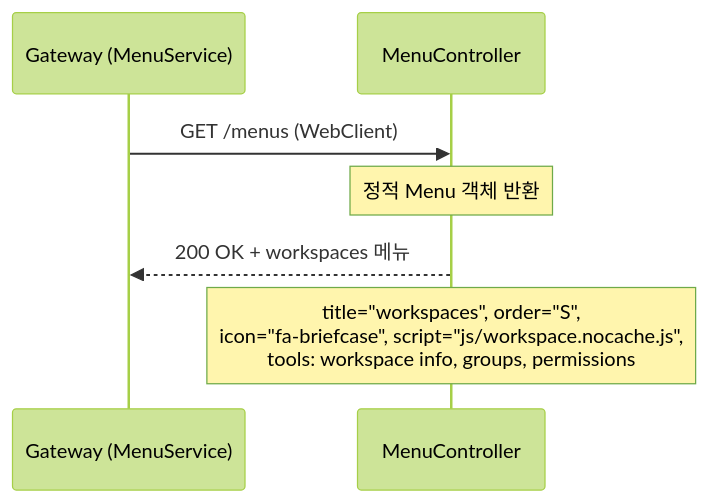
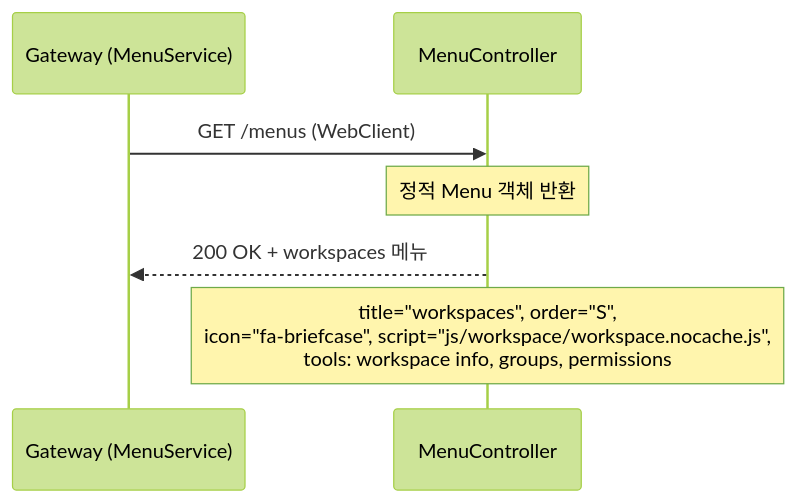
The third of 3 diagrams in persist-workspace/USECASE.md (sayaya1090/handbook), drawn with Mermaid (forest theme) before and after one commit. The commit also changed 6 other files, not shown here.

````diff
--- a/persist-workspace/USECASE.md
+++ b/persist-workspace/USECASE.md
@@ -64,10 +64,10 @@
 ```mermaid
 sequenceDiagram
     participant GW as Gateway (MenuService)
     participant Ctrl as MenuController
 
     GW->>Ctrl: GET /menus (WebClient)
     Note over Ctrl: 정적 Menu 객체 반환
     Ctrl-->>GW: 200 OK + workspaces 메뉴
-    Note over Ctrl: title="workspaces", order="S",<br/>icon="fa-briefcase", script="js/workspace.nocache.js",<br/>tools: workspace info, groups, permissions
+    Note over Ctrl: title="workspaces", order="S",<br/>icon="fa-briefcase", script="js/workspace/workspace.nocache.js",<br/>tools: workspace info, groups, permissions
 ```
````
